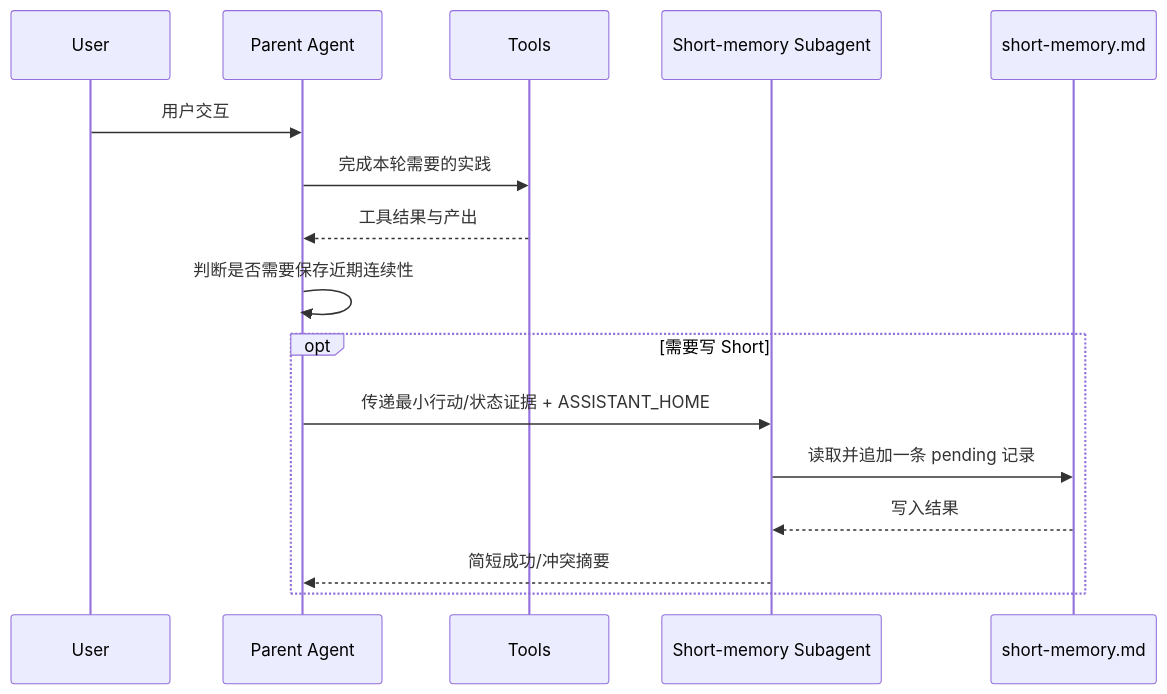
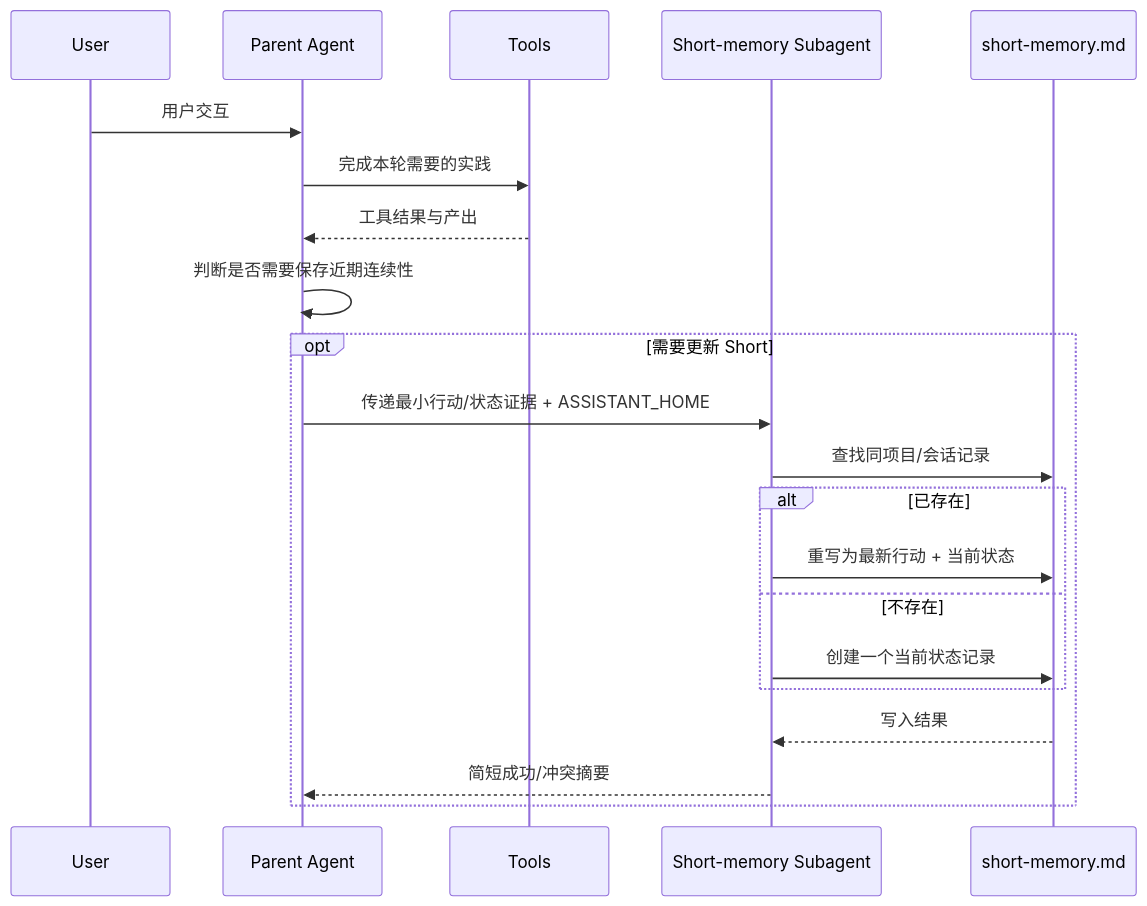
One commit to Ri0n72Y/agent-identity-cycle changed the first of 4 diagrams in docs/data-flow.md. Above: the diagram before and after it, drawn with Mermaid. The commit also changed other lines of this file and 5 other files, not shown here.

````diff
--- a/docs/data-flow.md
+++ b/docs/data-flow.md
@@ -9,19 +9,24 @@
 ```mermaid
 sequenceDiagram
     participant U as User
     participant A as Parent Agent
     participant T as Tools
     participant SA as Short-memory Subagent
     participant S as short-memory.md
 
     U->>A: 用户交互
     A->>T: 完成本轮需要的实践
     T-->>A: 工具结果与产出
     A->>A: 判断是否需要保存近期连续性
-    opt 需要写 Short
+    opt 需要更新 Short
         A->>SA: 传递最小行动/状态证据 + ASSISTANT_HOME
-        SA->>S: 读取并追加一条 pending 记录
+        SA->>S: 查找同项目/会话记录
+        alt 已存在
+            SA->>S: 重写为最新行动 + 当前状态
+        else 不存在
+            SA->>S: 创建一个当前状态记录
+        end
         S-->>SA: 写入结果
         SA-->>A: 简短成功/冲突摘要
     end
 ```
````
